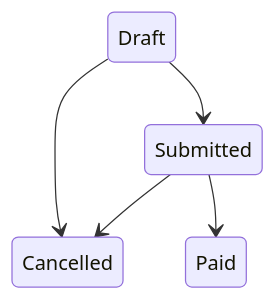
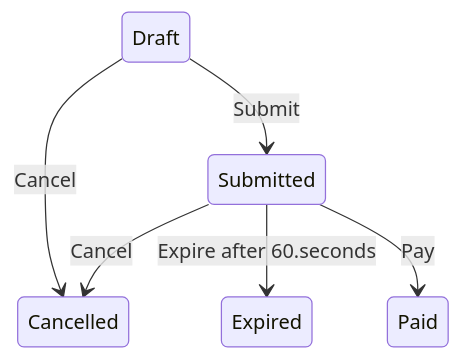
Before and after one commit to mirkobrombin/foundation-lang: the diagram in examples/state-machine/expected.mmd, drawn with Mermaid. The commit also changed 46 other files, not shown here.

```diff
--- a/examples/state-machine/expected.mmd
+++ b/examples/state-machine/expected.mmd
@@ -1,5 +1,6 @@
 stateDiagram-v2
-    Draft --> Cancelled
-    Draft --> Submitted
-    Submitted --> Cancelled
-    Submitted --> Paid
+    Draft --> Cancelled : Cancel
+    Draft --> Submitted : Submit
+    Submitted --> Cancelled : Cancel
+    Submitted --> Expired : Expire after 60.seconds
+    Submitted --> Paid : Pay
```
